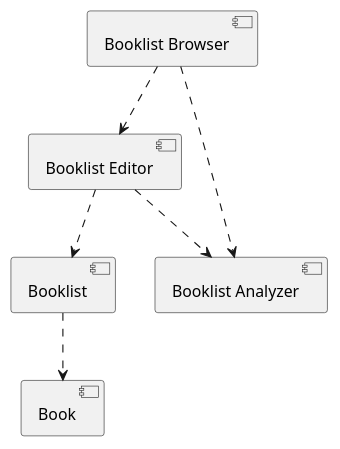
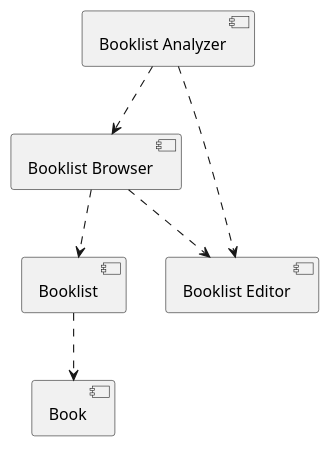
One commit to andysylvester/federated-bookshelves changed the diagram in domain/example-uml.iuml. Above: the diagram before and after it, drawn with PlantUML.

```diff
--- a/domain/example-uml.iuml
+++ b/domain/example-uml.iuml
@@ -1,15 +1,15 @@
 @startuml
 
-component [Booklist] as Comp1
-component [Book] as Comp2
-component [Booklist Browser] as Comp5
-component [Booklist Editor] as Comp3
-component [Booklist Analyzer] as Comp4
+component [Booklist]
+component [Book]
+component [Booklist Browser]
+component [Booklist Editor]
+component [Booklist Analyzer]
 
-[Comp1] ..> Comp2
-[Comp3] ..> Comp4
-[Comp3] ..> Comp1
-[Comp5] ..> Comp3
-[Comp5] ..> Comp4
+[Booklist] ..> [Book]
+[Booklist Browser] ..> [Booklist Editor]
+[Booklist Browser] ..> [Booklist]
+[Booklist Analyzer] ..> [Booklist Browser]
+[Booklist Analyzer] ..> [Booklist Editor]
 
 @enduml
```
